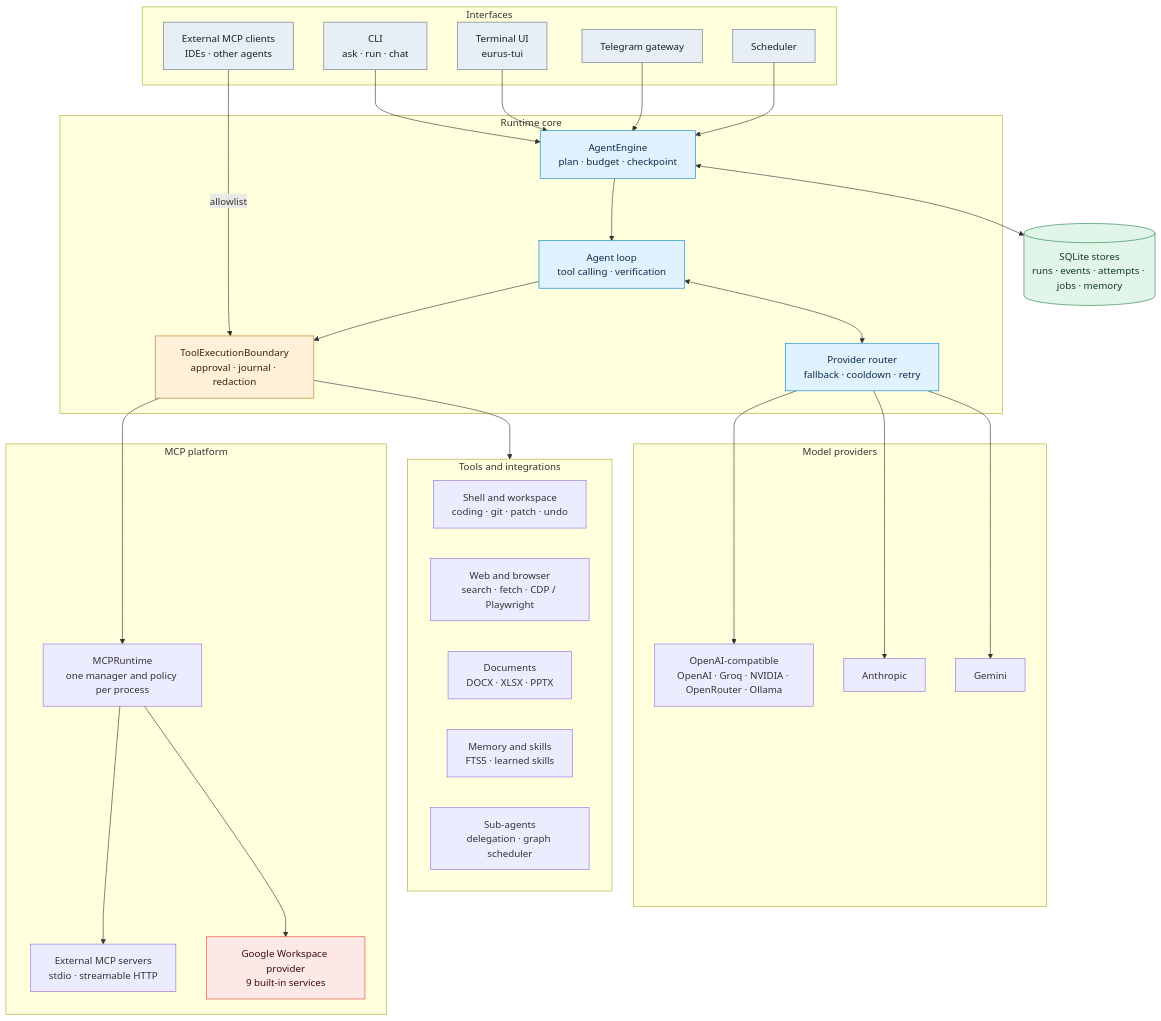
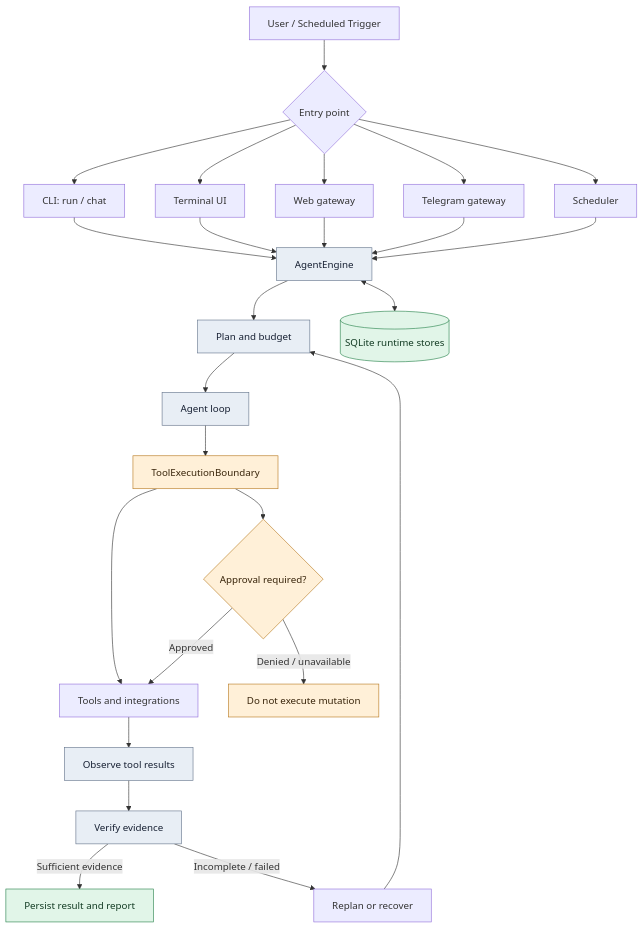
Before and after one commit to kyyinfinite/EURUS: the first of 2 diagrams in README.md, drawn with Mermaid. The commit also changed other lines of this file and 61 other files, not shown here.

````diff
--- a/README.md
+++ b/README.md
@@ -68,68 +72,36 @@
 ```mermaid
-flowchart TB
-    subgraph IF["Interfaces"]
-        CLI["CLI<br/>ask · run · chat"]
-        TUI["Terminal UI<br/>eurus-tui"]
-        TG["Telegram gateway"]
-        SCH["Scheduler"]
-        EXT["External MCP clients<br/>IDEs · other agents"]
-    end
+flowchart TD
+    USER["User / Scheduled Trigger"] --> ENTRY{"Entry point"}
+    ENTRY --> CLI["CLI: run / chat"]
+    ENTRY --> TUI["Terminal UI"]
+    ENTRY --> WEB["Web gateway"]
+    ENTRY --> TG["Telegram gateway"]
+    ENTRY --> SCHED["Scheduler"]
+    CLI --> ENGINE["AgentEngine"]
+    TUI --> ENGINE
+    WEB --> ENGINE
+    TG --> ENGINE
+    SCHED --> ENGINE
 
-    subgraph CORE["Runtime core"]
-        ENGINE["AgentEngine<br/>plan · budget · checkpoint"]
-        LOOP["Agent loop<br/>tool calling · verification"]
-        ROUTER["Provider router<br/>fallback · cooldown · retry"]
-        BOUNDARY["ToolExecutionBoundary<br/>approval · journal · redaction"]
-    end
+    ENGINE --> PLAN["Plan and budget"]
+    PLAN --> LOOP["Agent loop"]
+    LOOP --> BOUNDARY["ToolExecutionBoundary"]
+    BOUNDARY --> TOOLS["Tools and integrations"]
+    TOOLS --> OBSERVE["Observe tool results"]
+    OBSERVE --> VERIFY["Verify evidence"]
+    VERIFY -->|Sufficient evidence| REPORT["Persist result and report"]
+    VERIFY -->|Incomplete / failed| RECOVER["Replan or recover"]
+    RECOVER --> PLAN
 
-    subgraph LLM["Model providers"]
-        P1["OpenAI-compatible<br/>OpenAI · Groq · NVIDIA · OpenRouter · Ollama"]
-        P2["Anthropic"]
-        P3["Gemini"]
-    end
+    ENGINE <--> STORE[("SQLite runtime stores")]
+    BOUNDARY --> APPROVAL{"Approval required?"}
+    APPROVAL -->|Approved| TOOLS
+    APPROVAL -->|Denied / unavailable| DENY["Do not execute mutation"]
 
-    subgraph TOOLS["Tools and integrations"]
-        T1["Shell and workspace<br/>coding · git · patch · undo"]
-        T2["Web and browser<br/>search · fetch · CDP / Playwright"]
-        T3["Documents<br/>DOCX · XLSX · PPTX"]
-        T4["Memory and skills<br/>FTS5 · learned skills"]
-        T5["Sub-agents<br/>delegation · graph scheduler"]
-    end
-
-    subgraph MCP["MCP platform"]
-        RT["MCPRuntime<br/>one manager and policy per process"]
-        ES["External MCP servers<br/>stdio · streamable HTTP"]
-        GW["Google Workspace provider<br/>9 built-in services"]
-    end
-
-    STORE[("SQLite stores<br/>runs · events · attempts · jobs · memory")]
-
-    CLI --> ENGINE
-    TUI --> ENGINE
-    TG --> ENGINE
-    SCH --> ENGINE
-    EXT -->|"allowlist"| BOUNDARY
-
-    ENGINE --> LOOP
-    LOOP <--> ROUTER
-    ROUTER --> P1
-    ROUTER --> P2
-    ROUTER --> P3
-    LOOP --> BOUNDARY
-    BOUNDARY --> TOOLS
-    BOUNDARY --> RT
-    RT --> ES
-    RT --> GW
-    ENGINE <--> STORE
-
-    classDef iface fill:#e8eef5,stroke:#64748b,color:#172033
-    classDef core fill:#e0f2fe,stroke:#0284c7,color:#0c2d48
+    classDef main fill:#e8eef5,stroke:#64748b,color:#172033
     classDef secure fill:#fff0d8,stroke:#b7791f,color:#38240a
-    classDef store fill:#e1f5e8,stroke:#27824b,color:#123b23
-    classDef google fill:#fce8e6,stroke:#ea4335,color:#3b0d0a
-    class CLI,TUI,TG,SCH,EXT iface
-    class ENGINE,LOOP,ROUTER core
-    class BOUNDARY secure
-    class STORE store
-    class GW google
+    classDef success fill:#e1f5e8,stroke:#27824b,color:#123b23
+    class ENGINE,PLAN,LOOP,OBSERVE,VERIFY main
+    class BOUNDARY,APPROVAL,DENY secure
+    class REPORT,STORE success
 ```
````
